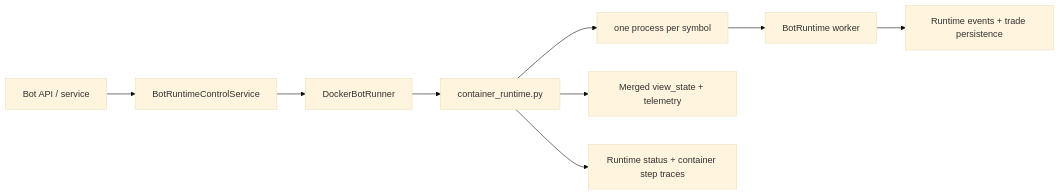
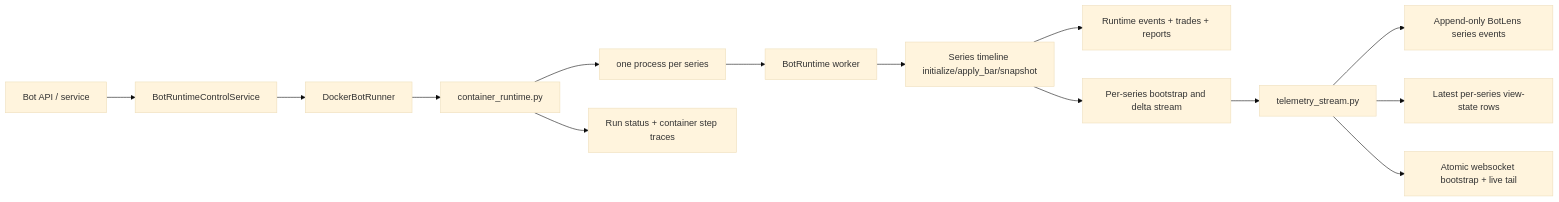
One commit to elijahbrookss/quant-trad changed the diagram in docs/architecture/runtime/BOT_RUNTIME_SERVICE_ARCHITECTURE.md. Above: the diagram before and after it, drawn with Mermaid (base theme). The commit also changed other lines of this file and 8 other files, not shown here.

Commit message:
refresh runtime architecture docs

````diff
--- a/docs/architecture/runtime/BOT_RUNTIME_SERVICE_ARCHITECTURE.md
+++ b/docs/architecture/runtime/BOT_RUNTIME_SERVICE_ARCHITECTURE.md
@@ -46,11 +53,16 @@
 ```mermaid
 flowchart LR
     A[Bot API / service] --> B[BotRuntimeControlService]
     B --> C[DockerBotRunner]
     C --> D[container_runtime.py]
-    D --> E[one process per symbol]
+    D --> E[one process per series]
     E --> F[BotRuntime worker]
-    F --> G[Runtime events + trade persistence]
-    D --> H[Merged view_state + telemetry]
-    D --> I[Runtime status + container step traces]
+    F --> G[Series timeline initialize/apply_bar/snapshot]
+    G --> H[Runtime events + trades + reports]
+    G --> I[Per-series bootstrap and delta stream]
+    I --> J[telemetry_stream.py]
+    J --> K[Append-only BotLens series events]
+    J --> L[Latest per-series view-state rows]
+    J --> M[Atomic websocket bootstrap + live tail]
+    D --> N[Run status + container step traces]
 ```
````
